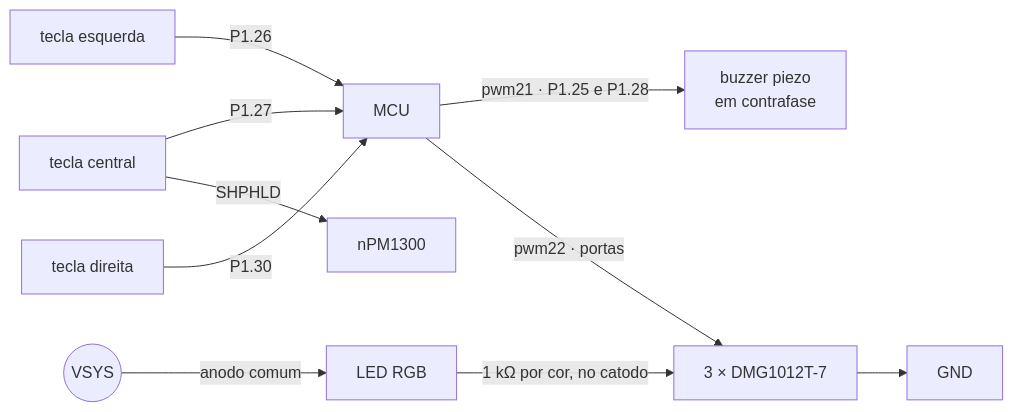
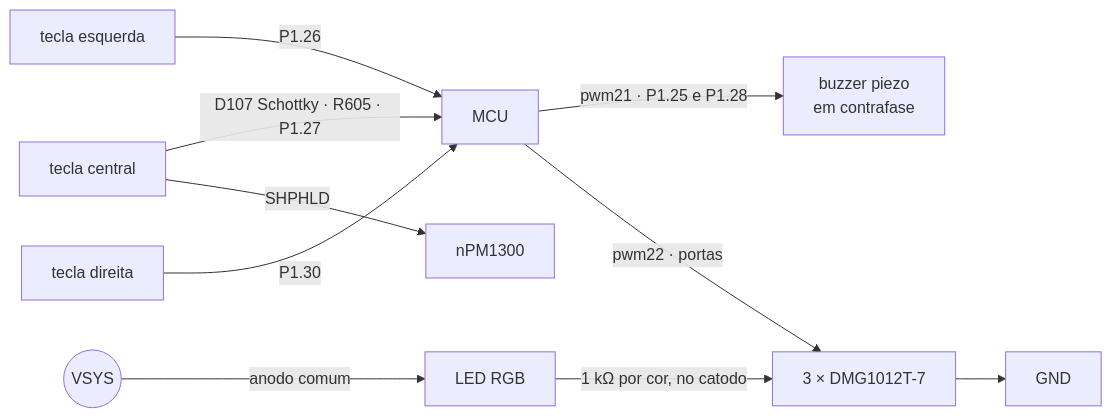
One commit to Guiimartinho/gnss-bike-computer changed the sixth of 6 diagrams in hardware_gnssbike/01-esquematico.md. Above: the diagram before and after it, drawn with Mermaid. The commit also changed other lines of this file and 27 other files, not shown here.

````diff
--- a/hardware_gnssbike/01-esquematico.md
+++ b/hardware_gnssbike/01-esquematico.md
@@ -438,12 +468,12 @@
 ```mermaid
 flowchart LR
     K1["tecla esquerda"] -->|"P1.26"| MCU
-    K2["tecla central"] -->|"P1.27"| MCU
+    K2["tecla central"] -->|"D107 Schottky · R605 · P1.27"| MCU
     K2 -->|"SHPHLD"| NPM["nPM1300"]
     K3["tecla direita"] -->|"P1.30"| MCU["MCU"]
     MCU -->|"pwm21 · P1.25 e P1.28"| BUZ["buzzer piezo<br/>em contrafase"]
     VSYS(("VSYS")) -->|"anodo comum"| RGB["LED RGB"]
     RGB -->|"1 kΩ por cor, no catodo"| FETS["3 × DMG1012T-7"]
     FETS --> GND2["GND"]
     MCU -->|"pwm22 · portas"| FETS
 ```
````
